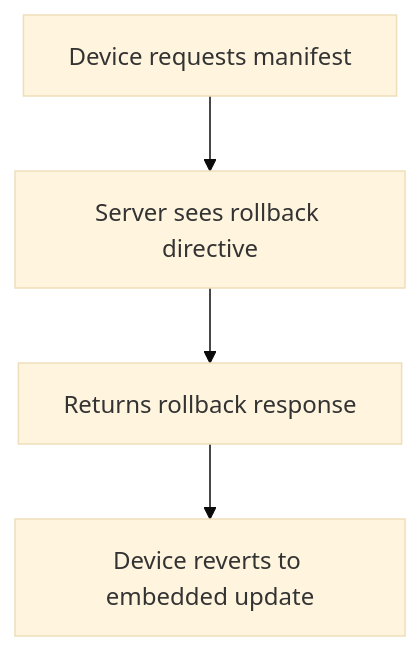
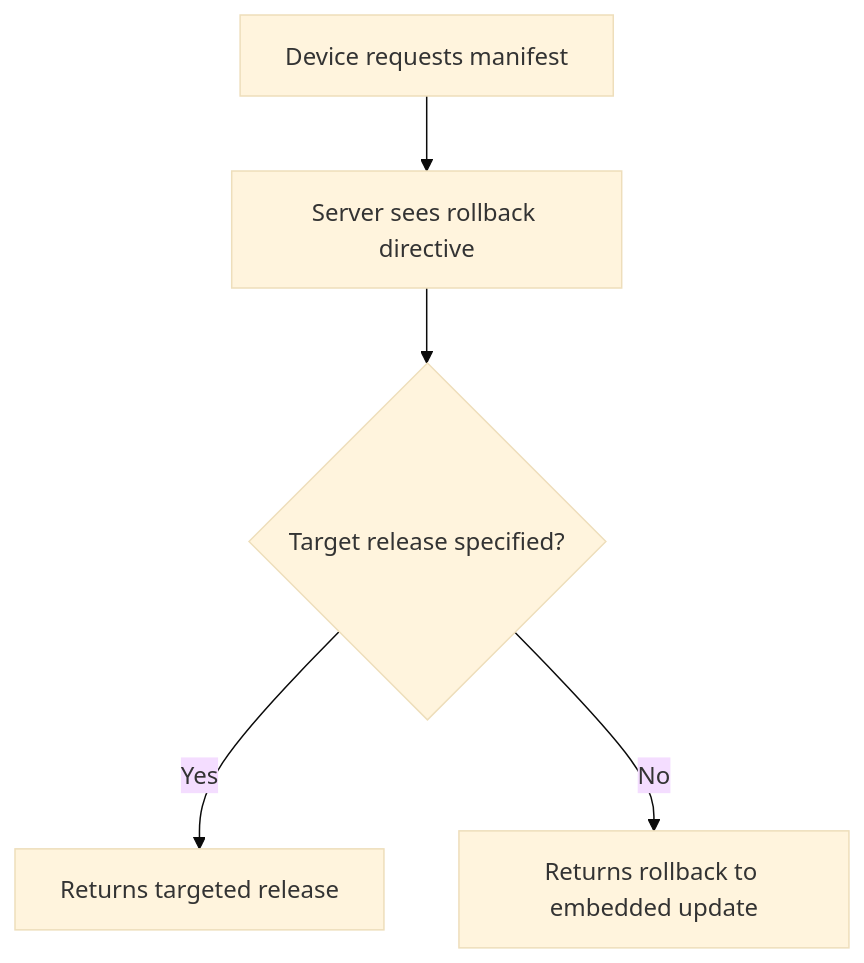
The second of 2 diagrams in app/updates/page.mdx (AppDispatch/docs), drawn with Mermaid (base theme) before and after one commit. The commit also changed other lines of this file and 26 other files, not shown here.

````diff
--- a/app/updates/page.mdx
+++ b/app/updates/page.mdx
@@ -67,6 +88,7 @@
 ```mermaid
 flowchart TD
   A[Device requests manifest] --> B[Server sees rollback directive]
-  B --> C["Returns rollback response"]
-  C --> D[Device reverts to embedded update]
+  B --> C{"Target release specified?"}
+  C -->|Yes| D[Returns targeted release]
+  C -->|No| E[Returns rollback to embedded update]
 ```
````
